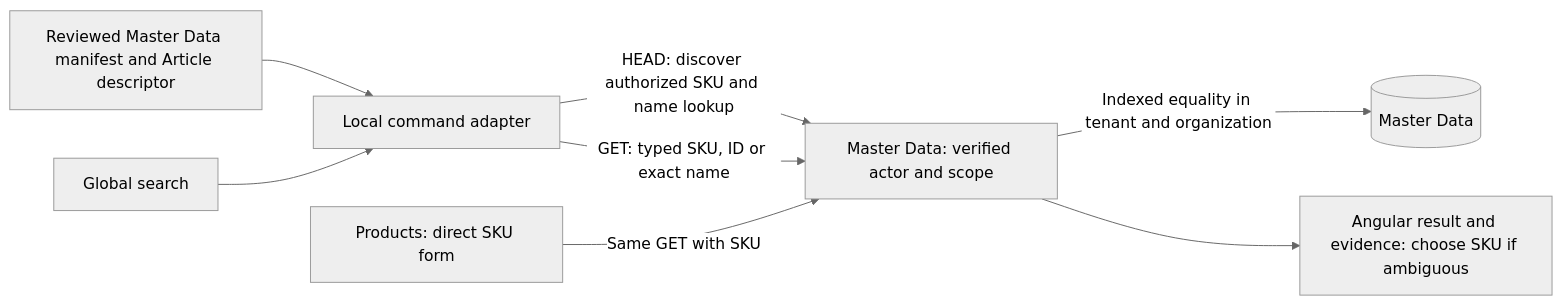
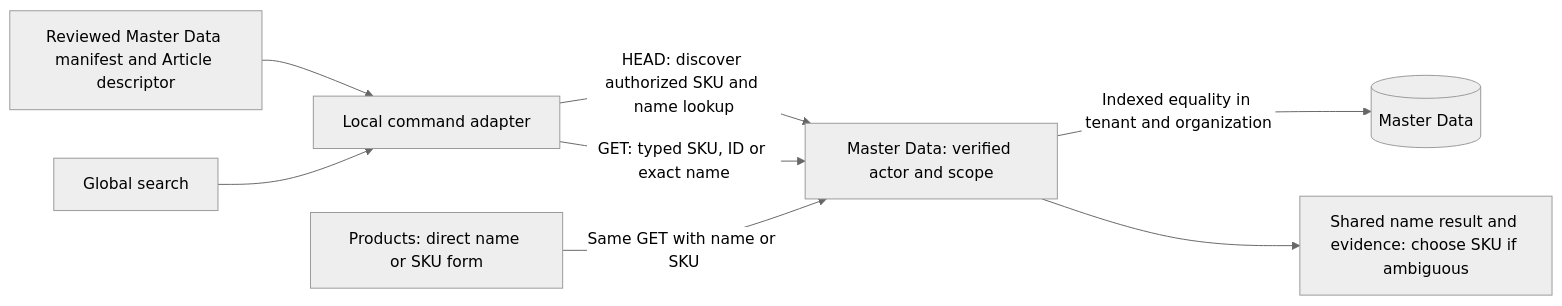
Before and after one commit to deed-ee/erp: the diagram in docs/specifications/command-interface.md, drawn with Mermaid (neutral theme). The commit also changed other lines of this file and 14 other files, not shown here.

Commit message:
Share exact Article name lookup with Products

````diff
--- a/docs/specifications/command-interface.md
+++ b/docs/specifications/command-interface.md
@@ -11,10 +11,10 @@
 ```mermaid
 flowchart LR
     M[Reviewed Master Data manifest and Article descriptor] --> C[Local command adapter]
     U[Global search] --> C
     C -->|HEAD: discover authorized SKU and name lookup| A[Master Data: verified actor and scope]
     C -->|GET: typed SKU, ID or exact name| A
-    P[Products: direct SKU form] -->|Same GET with SKU| A
+    P[Products: direct name or SKU form] -->|Same GET with name or SKU| A
     A -->|Indexed equality in tenant and organization| D[(Master Data)]
-    A --> R[Angular result and evidence: choose SKU if ambiguous]
+    A --> R[Shared name result and evidence: choose SKU if ambiguous]
 ```
````
